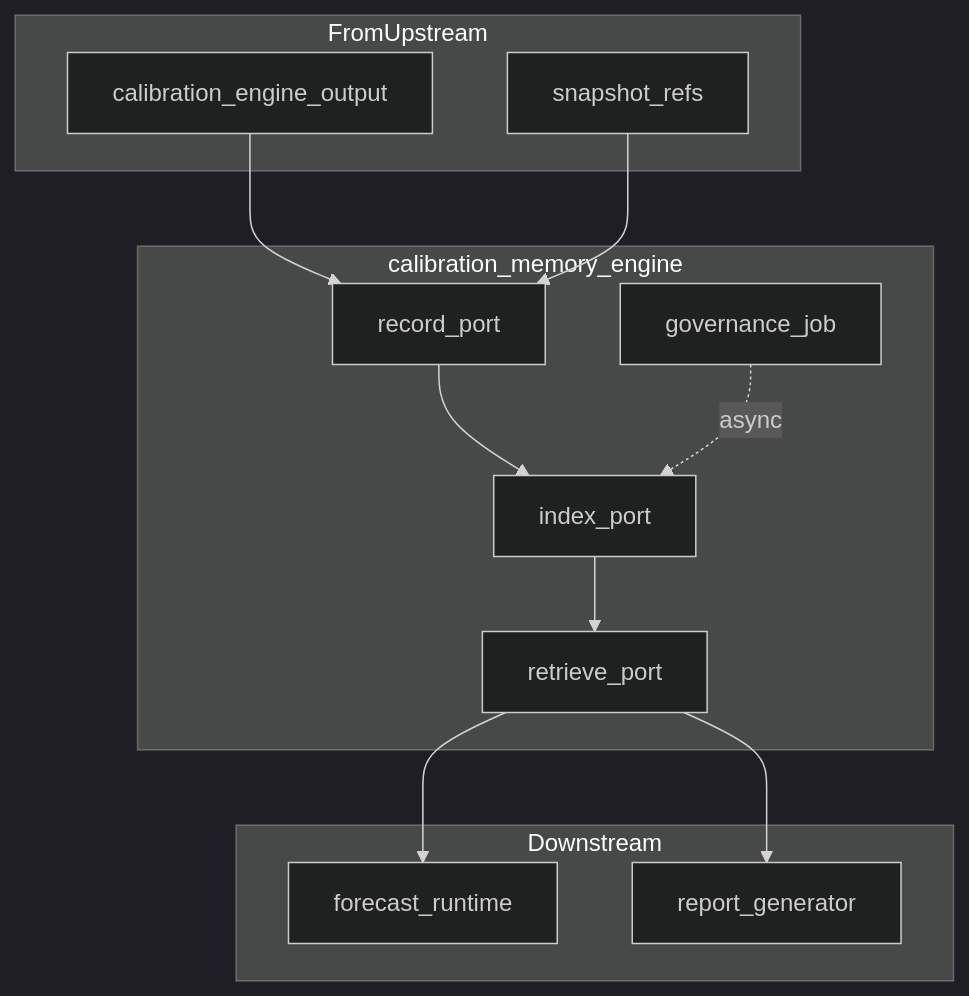
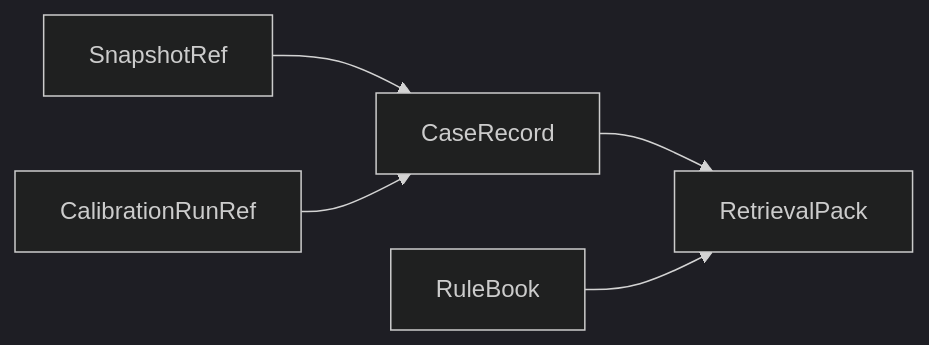
The second of 2 diagrams in rag_design/docs/plans/2026-03-28-调研与设计-校正记忆与经验库.md (CamelliaLilium/EvoPalantir), drawn with Mermaid (dark theme) before and after one commit. The commit also changed other lines of this file and 14 other files, not shown here.

````diff
--- a/rag_design/docs/plans/2026-03-28-调研与设计-校正记忆与经验库.md
+++ b/rag_design/docs/plans/2026-03-28-调研与设计-校正记忆与经验库.md
@@ -59,24 +124,12 @@
 ```mermaid
-flowchart TB
-  subgraph inputs [FromUpstream]
-    CE[calibration_engine_output]
-    SN[snapshot_refs]
-  end
-  subgraph cme [calibration_memory_engine]
-    REC[record_port]
-    IDX[index_port]
-    RET[retrieve_port]
-    GOV[governance_job]
-  end
-  subgraph outs [Downstream]
-    FC[forecast_runtime]
-    RP[report_generator]
-  end
-  CE --> REC
-  SN --> REC
-  REC --> IDX
-  IDX --> RET
-  RET --> FC
-  RET --> RP
-  GOV -.->|async| IDX
+flowchart LR
+  SN[SnapshotRef]
+  RUN[CalibrationRunRef]
+  CASE[CaseRecord]
+  RP[RetrievalPack]
+  RB[RuleBook]
+  SN --> CASE
+  RUN --> CASE
+  CASE --> RP
+  RB --> RP
 ```
````
